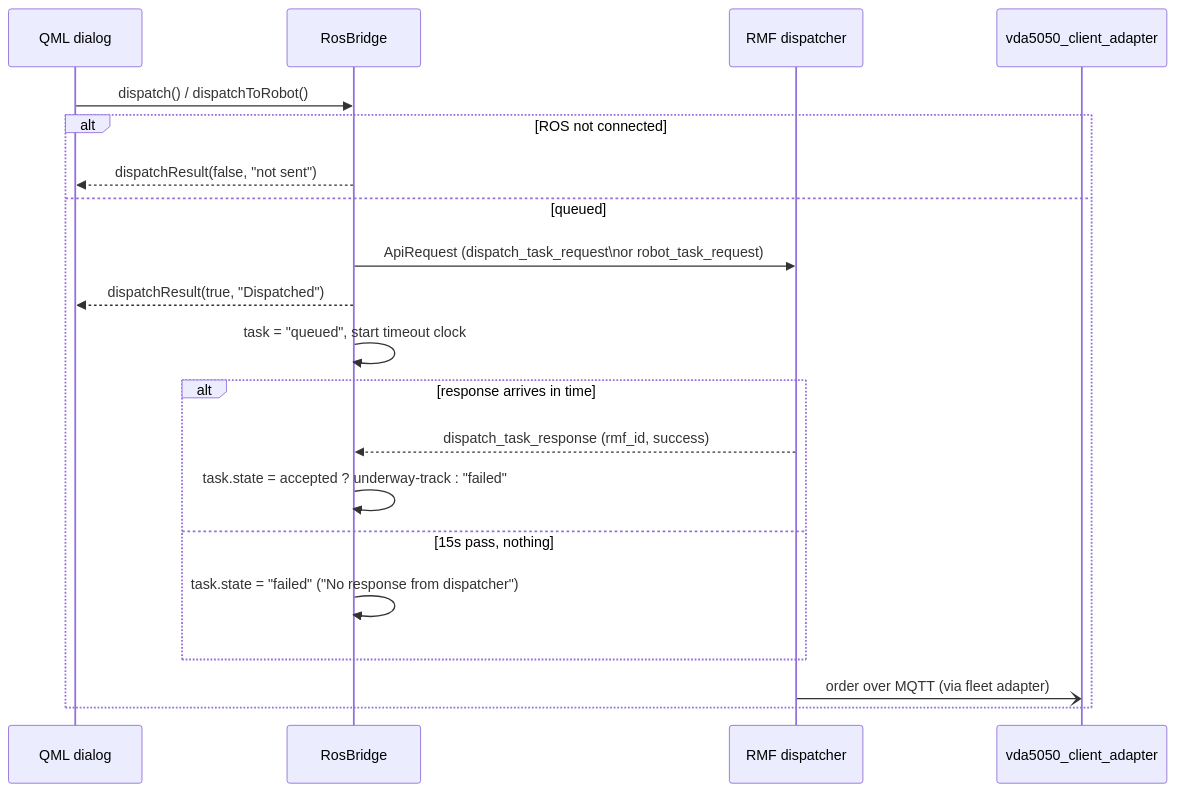
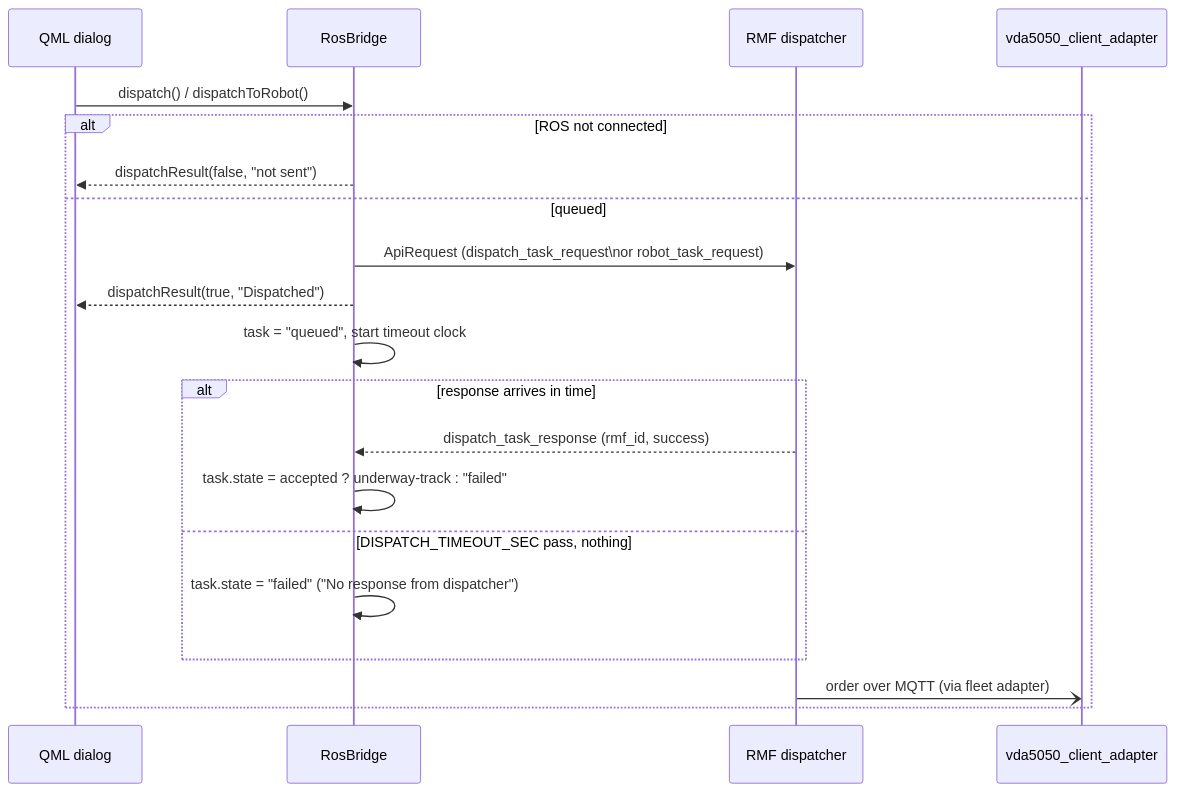
One commit to NhatTran-97/eiu-vda5050-support-open-rmf changed the third of 6 diagrams in eiu_fleet_ui/docs/architecture.md. Above: the diagram before and after it, drawn with Mermaid. The commit also changed other lines of this file and 23 other files, not shown here.

````diff
--- a/eiu_fleet_ui/docs/architecture.md
+++ b/eiu_fleet_ui/docs/architecture.md
@@ -142,23 +123,23 @@
 ```mermaid
 sequenceDiagram
     participant Q as QML dialog
     participant RB as RosBridge
     participant RMF as RMF dispatcher
     participant AD as vda5050_client_adapter
 
     Q->>RB: dispatch() / dispatchToRobot()
     alt ROS not connected
         RB-->>Q: dispatchResult(false, "not sent")
     else queued
         RB->>RMF: ApiRequest (dispatch_task_request\nor robot_task_request)
         RB-->>Q: dispatchResult(true, "Dispatched")
         RB->>RB: task = "queued", start timeout clock
         alt response arrives in time
             RMF-->>RB: dispatch_task_response (rmf_id, success)
             RB->>RB: task.state = accepted ? underway-track : "failed"
-        else 15s pass, nothing
+        else DISPATCH_TIMEOUT_SEC pass, nothing
             RB->>RB: task.state = "failed" ("No response from dispatcher")
         end
         RMF-)AD: order over MQTT (via fleet adapter)
     end
 ```
````
